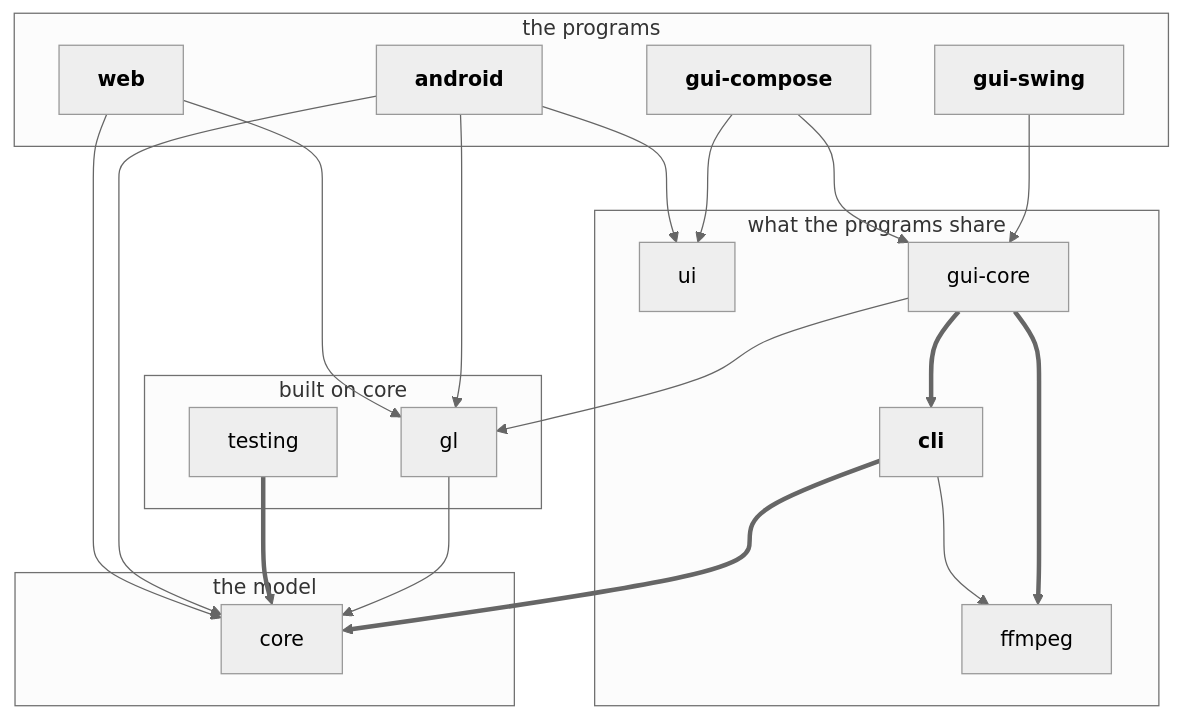
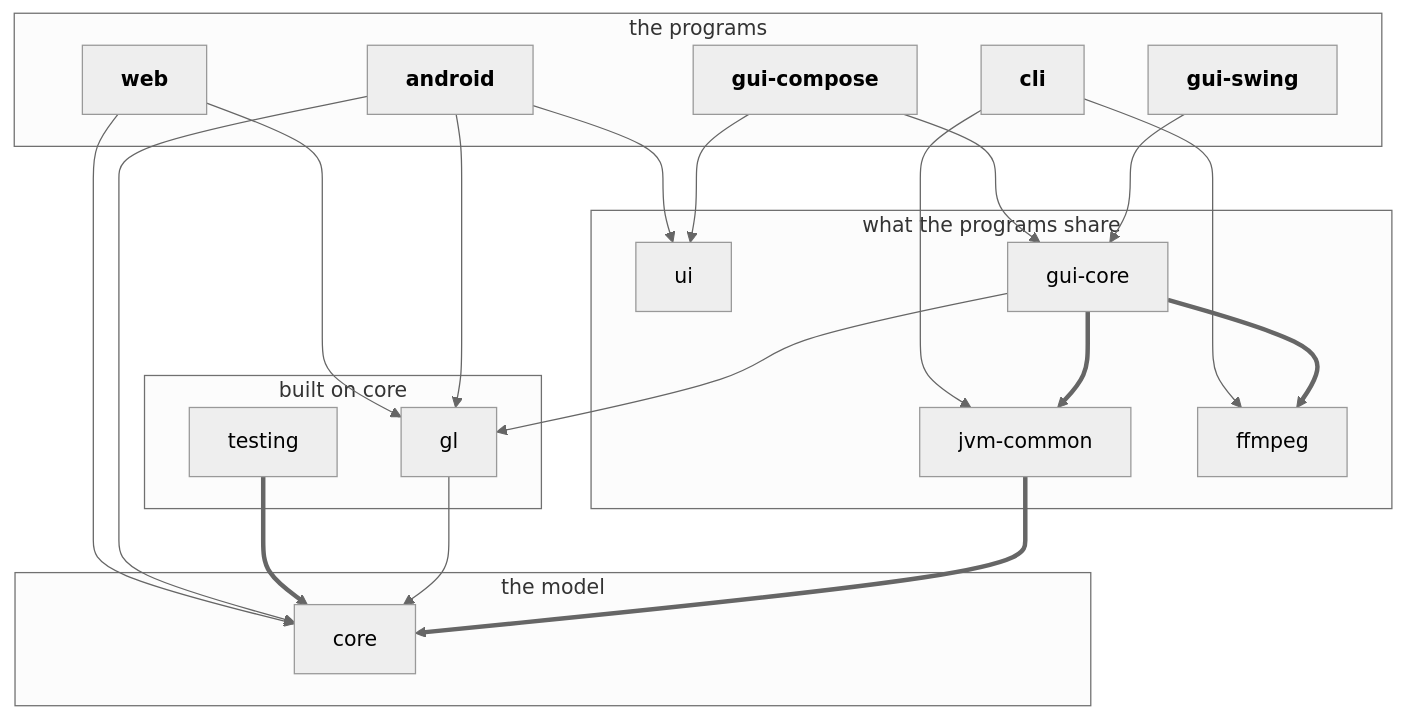
Before and after one commit to loplex/sandbox_testing_repo_1: the first of 4 diagrams in docs/developing.md, drawn with Mermaid (neutral theme). The commit also changed other lines of this file and 31 other files, not shown here.

First line of the commit message:
build: split what the windows take from cli into jvm-common

````diff
--- a/docs/developing.md
+++ b/docs/developing.md
@@ -97,39 +98,41 @@
 ```mermaid
 graph TD
     subgraph programs [the programs]
         android
         gui-compose
         gui-swing
         web
+        cli
     end
     subgraph shared [what the programs share]
         ui
         gui-core
-        cli
+        jvm-common
         ffmpeg
     end
     subgraph base [built on core]
         testing
         gl
     end
     subgraph model [the model]
         core
     end
-    cli ==> core
+    jvm-common ==> core
     android --> gl
     gl --> core
     gui-core --> gl
     gui-swing --> gui-core
     gui-compose --> gui-core
     testing ==> core
-    gui-core ==> cli
+    gui-core ==> jvm-common
     gui-core ==> ffmpeg
+    cli --> jvm-common
     cli --> ffmpeg
     gui-compose --> ui
     web --> gl
     android --> core
     web --> core
     android --> ui
     classDef program font-weight:bold
     class android,gui-compose,gui-swing,web,cli program
 ```
````
